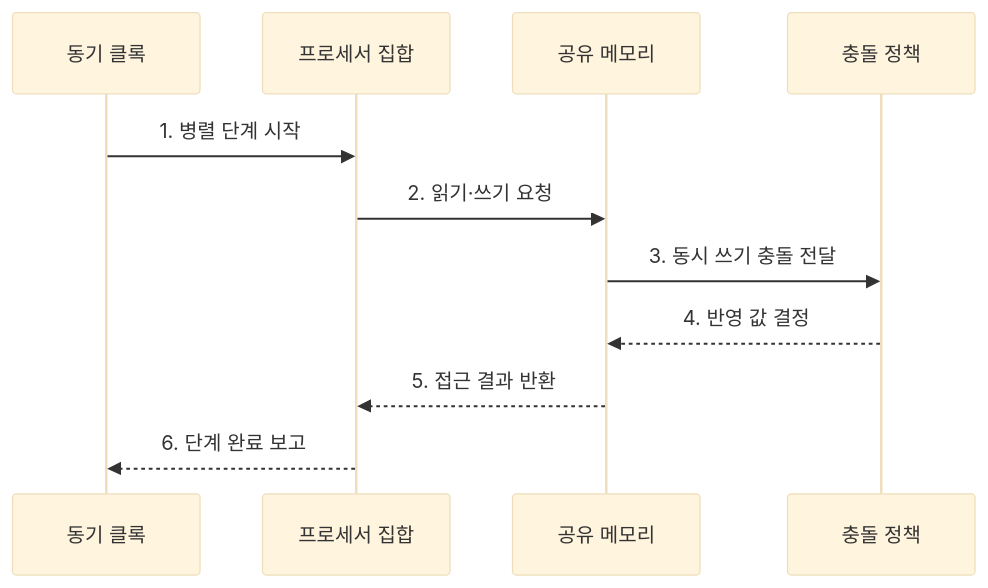
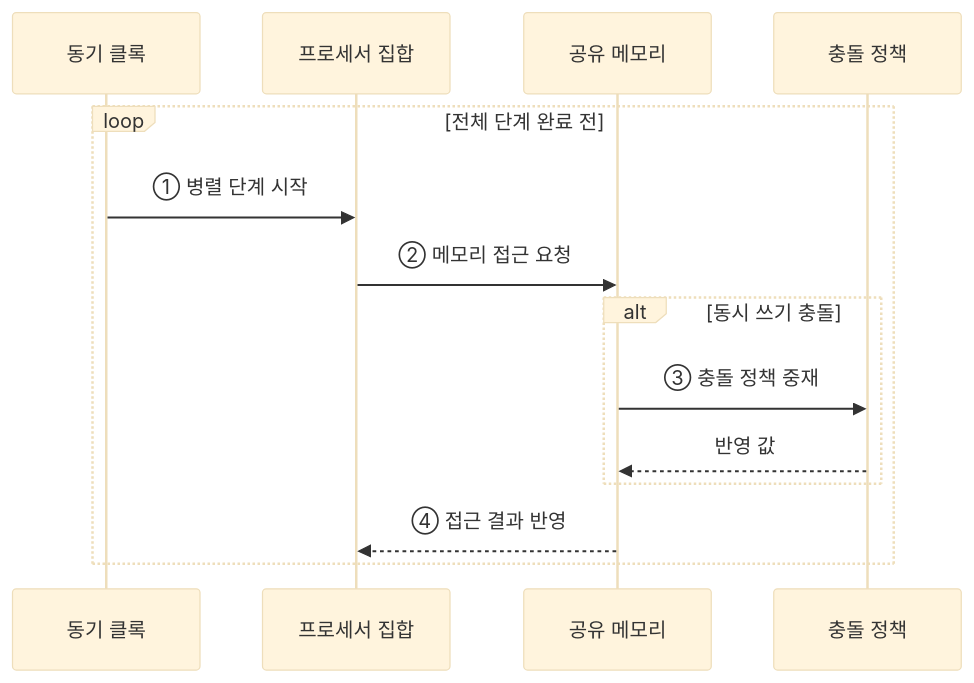
Before and after one commit to agnusdei1207/knowledge-base: the fourth of 4 diagrams in src/content/docs/notes/01-basic-theory/061_parallel_algo_pram.md, drawn with Mermaid (base theme). The commit also changed other lines of this file and 22 other files, not shown here.

````diff
--- a/src/content/docs/notes/01-basic-theory/061_parallel_algo_pram.md
+++ b/src/content/docs/notes/01-basic-theory/061_parallel_algo_pram.md
@@ -99,13 +112,16 @@
 ```mermaid
 sequenceDiagram
     participant C as 동기 클록
     participant P as 프로세서 집합
     participant M as 공유 메모리
     participant R as 충돌 정책
-    C->>P: 1. 병렬 단계 시작
-    P->>M: 2. 읽기·쓰기 요청
-    M->>R: 3. 동시 쓰기 충돌 전달
-    R-->>M: 4. 반영 값 결정
-    M-->>P: 5. 접근 결과 반환
-    P-->>C: 6. 단계 완료 보고
+    loop 전체 단계 완료 전
+        C->>P: ① 병렬 단계 시작
+        P->>M: ② 메모리 접근 요청
+        alt 동시 쓰기 충돌
+            M->>R: ③ 충돌 정책 중재
+            R-->>M: 반영 값
+        end
+        M-->>P: ④ 접근 결과 반영
+    end
 ```
````
